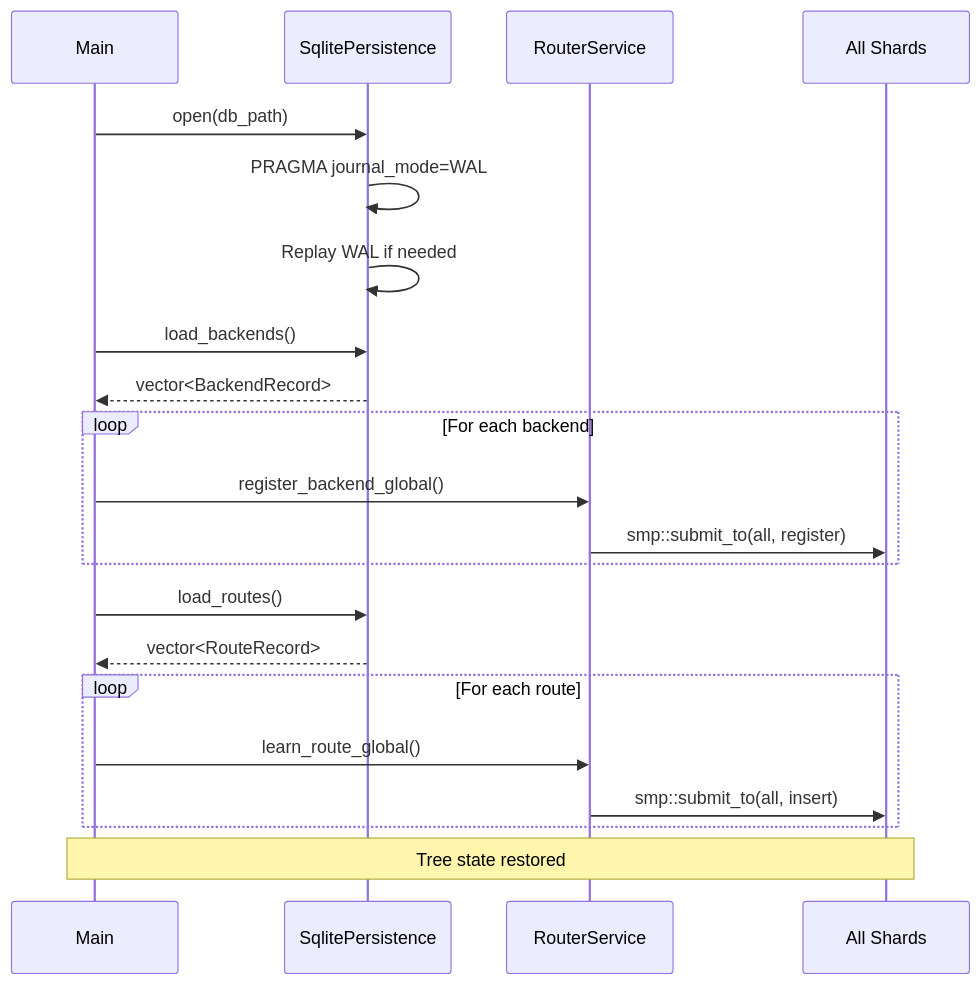
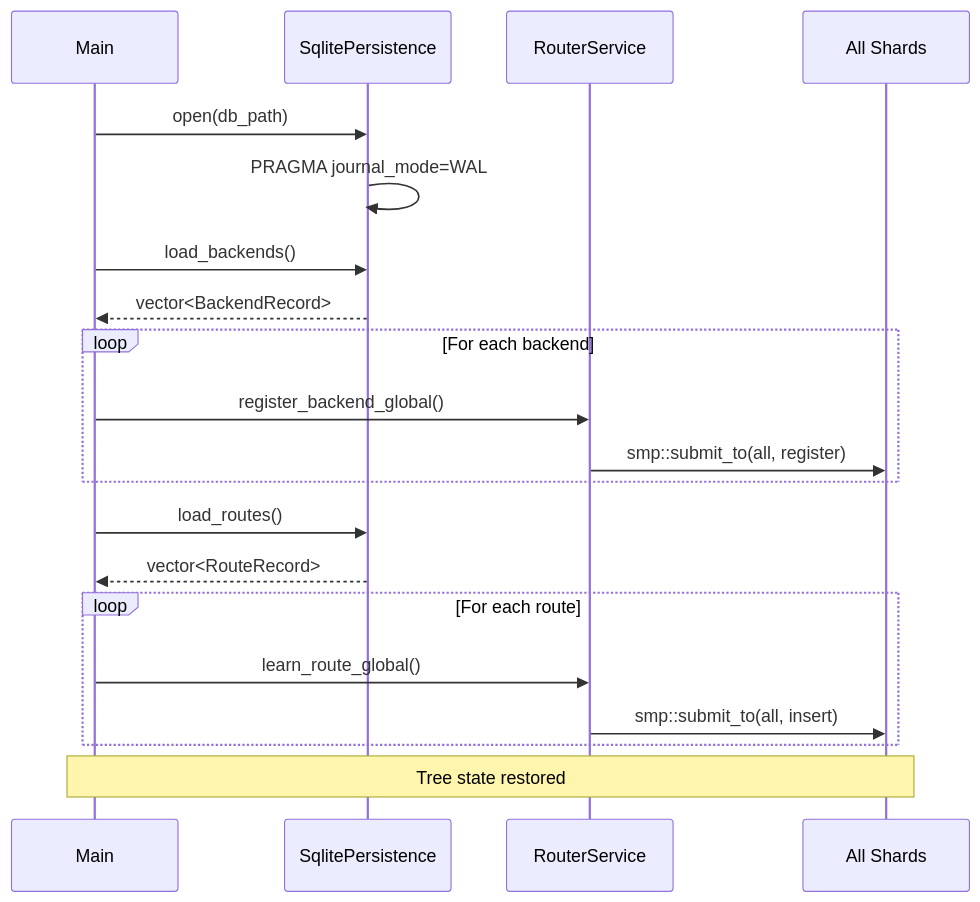
Before and after one commit to Ranvier-Systems/ranvier-core: the seventh of 7 diagrams in docs/internals/radix-tree.md, drawn with Mermaid. The commit also changed other lines of this file and 1 other file, not shown here.

````diff
--- a/docs/internals/radix-tree.md
+++ b/docs/internals/radix-tree.md
@@ -1321,29 +464,28 @@
 ```mermaid
 sequenceDiagram
     participant Main
     participant Persist as SqlitePersistence
     participant Router as RouterService
     participant Shards as All Shards
 
     Main->>Persist: open(db_path)
     Persist->>Persist: PRAGMA journal_mode=WAL
-    Persist->>Persist: Replay WAL if needed
 
     Main->>Persist: load_backends()
     Persist-->>Main: vector<BackendRecord>
 
     loop For each backend
         Main->>Router: register_backend_global()
         Router->>Shards: smp::submit_to(all, register)
     end
 
     Main->>Persist: load_routes()
     Persist-->>Main: vector<RouteRecord>
 
     loop For each route
         Main->>Router: learn_route_global()
         Router->>Shards: smp::submit_to(all, insert)
     end
 
     Note over Main,Shards: Tree state restored
 ```
````
